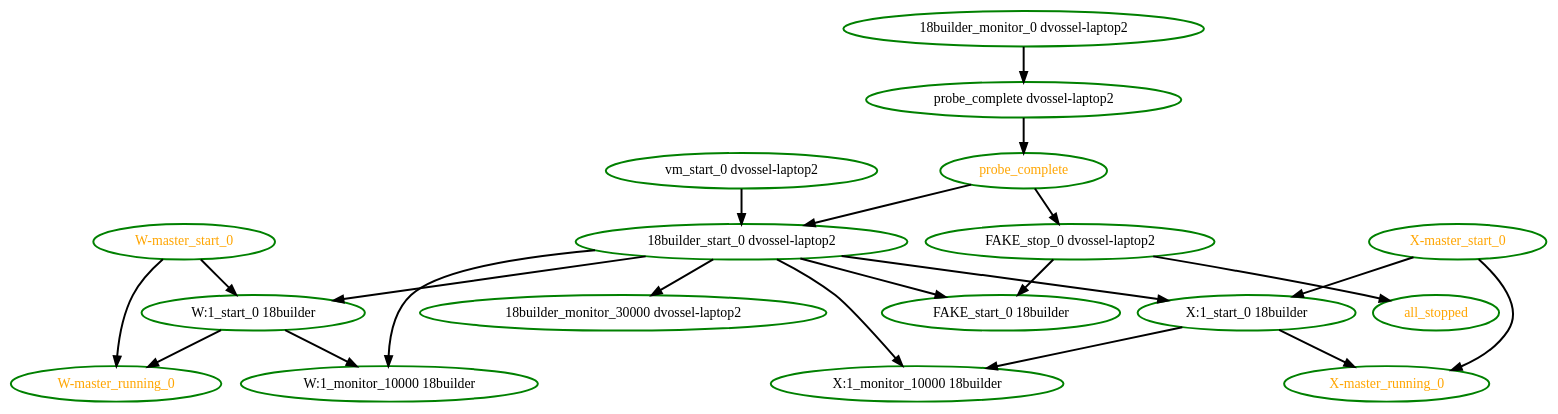
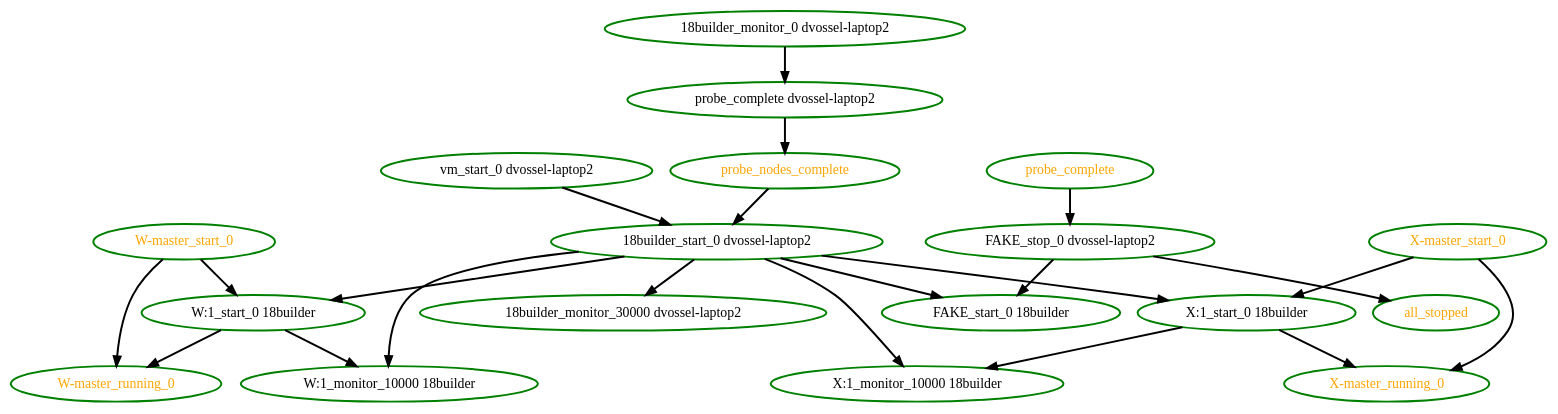
One commit to ClusterLabs/pacemaker changed the diagram in pengine/test10/whitebox-fail3.dot. Above: the diagram before and after it, drawn with Graphviz. The commit also changed 11 other files, not shown here.

```diff
--- a/pengine/test10/whitebox-fail3.dot
+++ b/pengine/test10/whitebox-fail3.dot
@@ -1,40 +1,41 @@
 digraph "g" {
 "18builder_monitor_0 dvossel-laptop2" -> "probe_complete dvossel-laptop2" [ style = bold]
 "18builder_monitor_0 dvossel-laptop2" [ style=bold color="green" fontcolor="black"]
 "18builder_monitor_30000 dvossel-laptop2" [ style=bold color="green" fontcolor="black"]
 "18builder_start_0 dvossel-laptop2" -> "18builder_monitor_30000 dvossel-laptop2" [ style = bold]
 "18builder_start_0 dvossel-laptop2" -> "FAKE_start_0 18builder" [ style = bold]
 "18builder_start_0 dvossel-laptop2" -> "W:1_monitor_10000 18builder" [ style = bold]
 "18builder_start_0 dvossel-laptop2" -> "W:1_start_0 18builder" [ style = bold]
 "18builder_start_0 dvossel-laptop2" -> "X:1_monitor_10000 18builder" [ style = bold]
 "18builder_start_0 dvossel-laptop2" -> "X:1_start_0 18builder" [ style = bold]
 "18builder_start_0 dvossel-laptop2" [ style=bold color="green" fontcolor="black"]
 "FAKE_start_0 18builder" [ style=bold color="green" fontcolor="black"]
 "FAKE_stop_0 dvossel-laptop2" -> "FAKE_start_0 18builder" [ style = bold]
 "FAKE_stop_0 dvossel-laptop2" -> "all_stopped" [ style = bold]
 "FAKE_stop_0 dvossel-laptop2" [ style=bold color="green" fontcolor="black"]
 "W-master_running_0" [ style=bold color="green" fontcolor="orange"]
 "W-master_start_0" -> "W-master_running_0" [ style = bold]
 "W-master_start_0" -> "W:1_start_0 18builder" [ style = bold]
 "W-master_start_0" [ style=bold color="green" fontcolor="orange"]
 "W:1_monitor_10000 18builder" [ style=bold color="green" fontcolor="black"]
 "W:1_start_0 18builder" -> "W-master_running_0" [ style = bold]
 "W:1_start_0 18builder" -> "W:1_monitor_10000 18builder" [ style = bold]
 "W:1_start_0 18builder" [ style=bold color="green" fontcolor="black"]
 "X-master_running_0" [ style=bold color="green" fontcolor="orange"]
 "X-master_start_0" -> "X-master_running_0" [ style = bold]
 "X-master_start_0" -> "X:1_start_0 18builder" [ style = bold]
 "X-master_start_0" [ style=bold color="green" fontcolor="orange"]
 "X:1_monitor_10000 18builder" [ style=bold color="green" fontcolor="black"]
 "X:1_start_0 18builder" -> "X-master_running_0" [ style = bold]
 "X:1_start_0 18builder" -> "X:1_monitor_10000 18builder" [ style = bold]
 "X:1_start_0 18builder" [ style=bold color="green" fontcolor="black"]
 "all_stopped" [ style=bold color="green" fontcolor="orange"]
-"probe_complete dvossel-laptop2" -> "probe_complete" [ style = bold]
+"probe_complete dvossel-laptop2" -> "probe_nodes_complete" [ style = bold]
 "probe_complete dvossel-laptop2" [ style=bold color="green" fontcolor="black"]
-"probe_complete" -> "18builder_start_0 dvossel-laptop2" [ style = bold]
 "probe_complete" -> "FAKE_stop_0 dvossel-laptop2" [ style = bold]
 "probe_complete" [ style=bold color="green" fontcolor="orange"]
+"probe_nodes_complete" -> "18builder_start_0 dvossel-laptop2" [ style = bold]
+"probe_nodes_complete" [ style=bold color="green" fontcolor="orange"]
 "vm_start_0 dvossel-laptop2" -> "18builder_start_0 dvossel-laptop2" [ style = bold]
 "vm_start_0 dvossel-laptop2" [ style=bold color="green" fontcolor="black"]
 }
```
